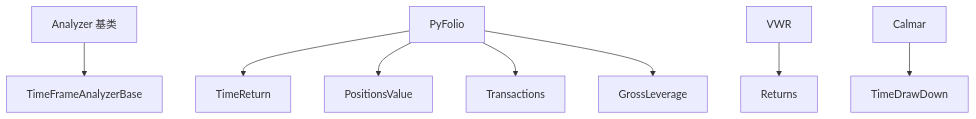
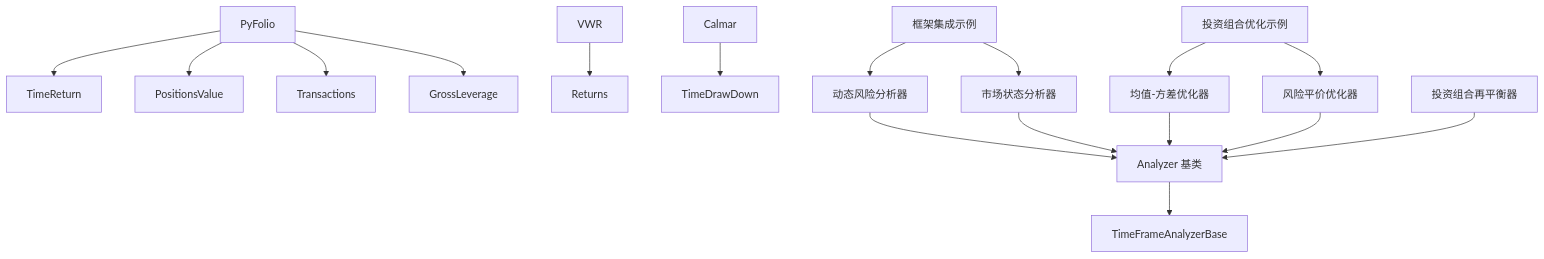
One commit to bench-prog/backtrader changed diagram 15 of 15 in .qoder/repowiki/zh/content/分析工具/分析工具.md. Above: the diagram before and after it, drawn with Mermaid. The commit also changed other lines of this file and 23 other files, not shown here.

````diff
--- a/.qoder/repowiki/zh/content/分析工具/分析工具.md
+++ b/.qoder/repowiki/zh/content/分析工具/分析工具.md
@@ -359,10 +482,19 @@
 ```mermaid
 graph TB
 Analyzer["Analyzer 基类"] --> TFAB["TimeFrameAnalyzerBase"]
 PyFolio["PyFolio"] --> TR["TimeReturn"]
 PyFolio --> PV["PositionsValue"]
 PyFolio --> TX["Transactions"]
 PyFolio --> GL["GrossLeverage"]
 VWR["VWR"] --> Ret["Returns"]
 Calmar["Calmar"] --> TDD["TimeDrawDown"]
+DynamicRiskAnalyzer["动态风险分析器"] --> Analyzer
+MarketStateAnalyzer["市场状态分析器"] --> Analyzer
+MeanVarianceOptimizer["均值-方差优化器"] --> Analyzer
+RiskParityOptimizer["风险平价优化器"] --> Analyzer
+PortfolioRebalancer["投资组合再平衡器"] --> Analyzer
+FrameworkDemo["框架集成示例"] --> DynamicRiskAnalyzer
+FrameworkDemo --> MarketStateAnalyzer
+PortfolioDemo["投资组合优化示例"] --> MeanVarianceOptimizer
+PortfolioDemo --> RiskParityOptimizer
 ```
````
